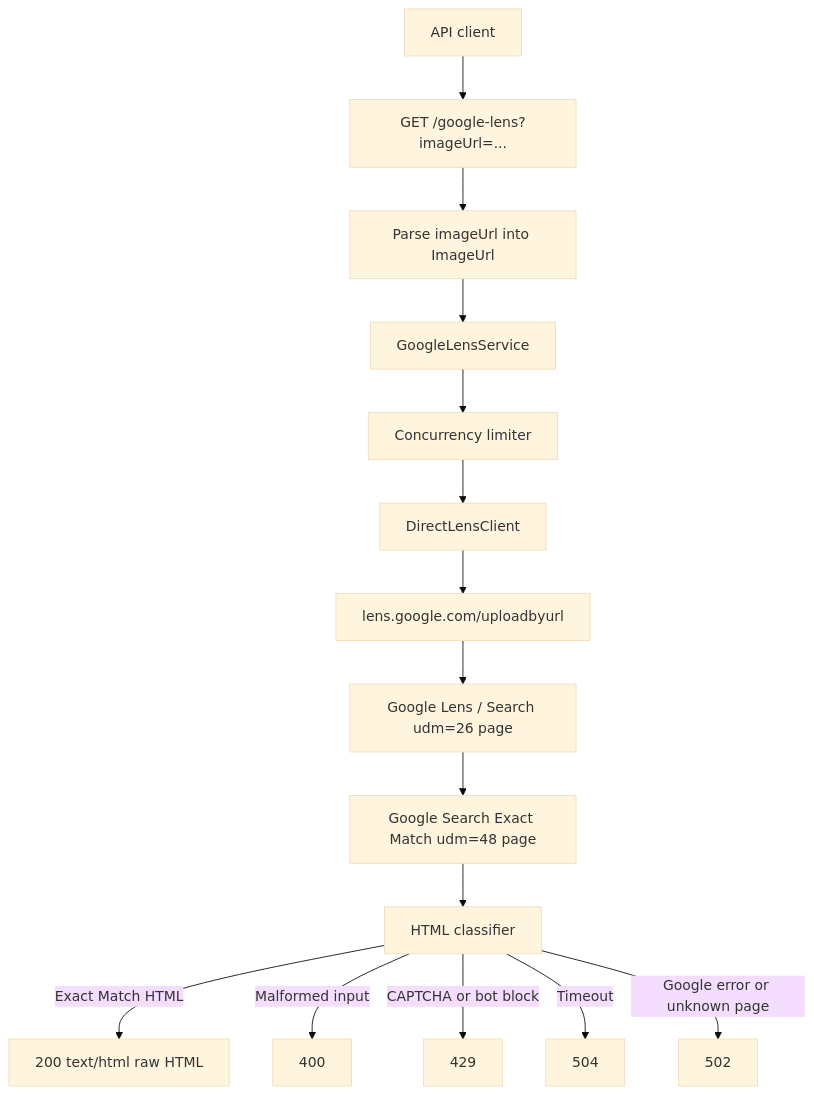
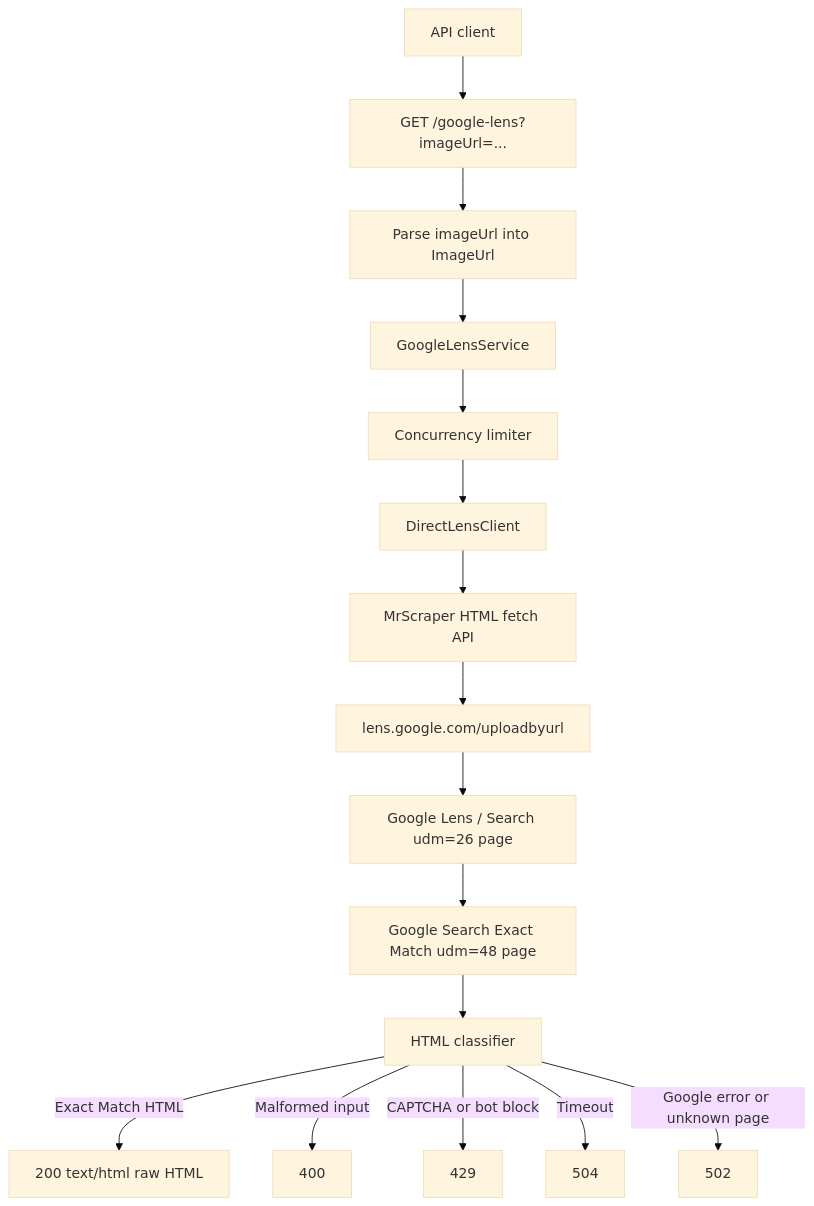
One commit to trumandaniels/API-for-Google-Lens changed the diagram in README.md. Above: the diagram before and after it, drawn with Mermaid (base theme). The commit also changed other lines of this file and 6 other files, not shown here.

Commit message:
Refactor Google Lens API configuration to require MrScraper API key; update documentation and tests for new settings

````diff
--- a/README.md
+++ b/README.md
@@ -61,17 +61,18 @@
 ```mermaid
 flowchart TD
     Client["API client"] --> Route["GET /google-lens?imageUrl=..."]
     Route --> Parse["Parse imageUrl into ImageUrl"]
     Parse --> Service["GoogleLensService"]
     Service --> Limit["Concurrency limiter"]
     Limit --> Direct["DirectLensClient"]
-    Direct --> Lens["lens.google.com/uploadbyurl"]
+    Direct --> Provider["MrScraper HTML fetch API"]
+    Provider --> Lens["lens.google.com/uploadbyurl"]
     Lens --> Search["Google Lens / Search udm=26 page"]
     Search --> Exact["Google Search Exact Match udm=48 page"]
     Exact --> Classifier["HTML classifier"]
     Classifier -->|Exact Match HTML| Success["200 text/html raw HTML"]
     Classifier -->|Malformed input| BadRequest["400"]
     Classifier -->|CAPTCHA or bot block| Blocked["429"]
     Classifier -->|Timeout| Timeout["504"]
     Classifier -->|Google error or unknown page| UpstreamError["502"]
 ```
````
